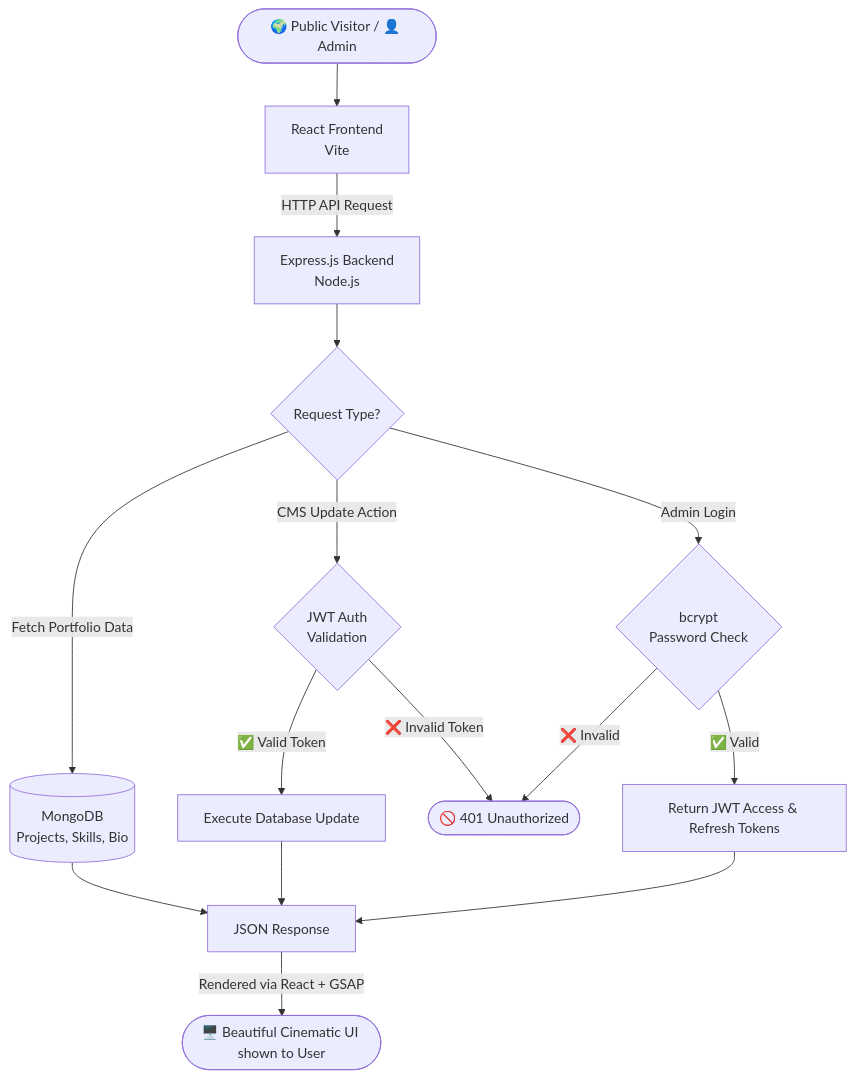
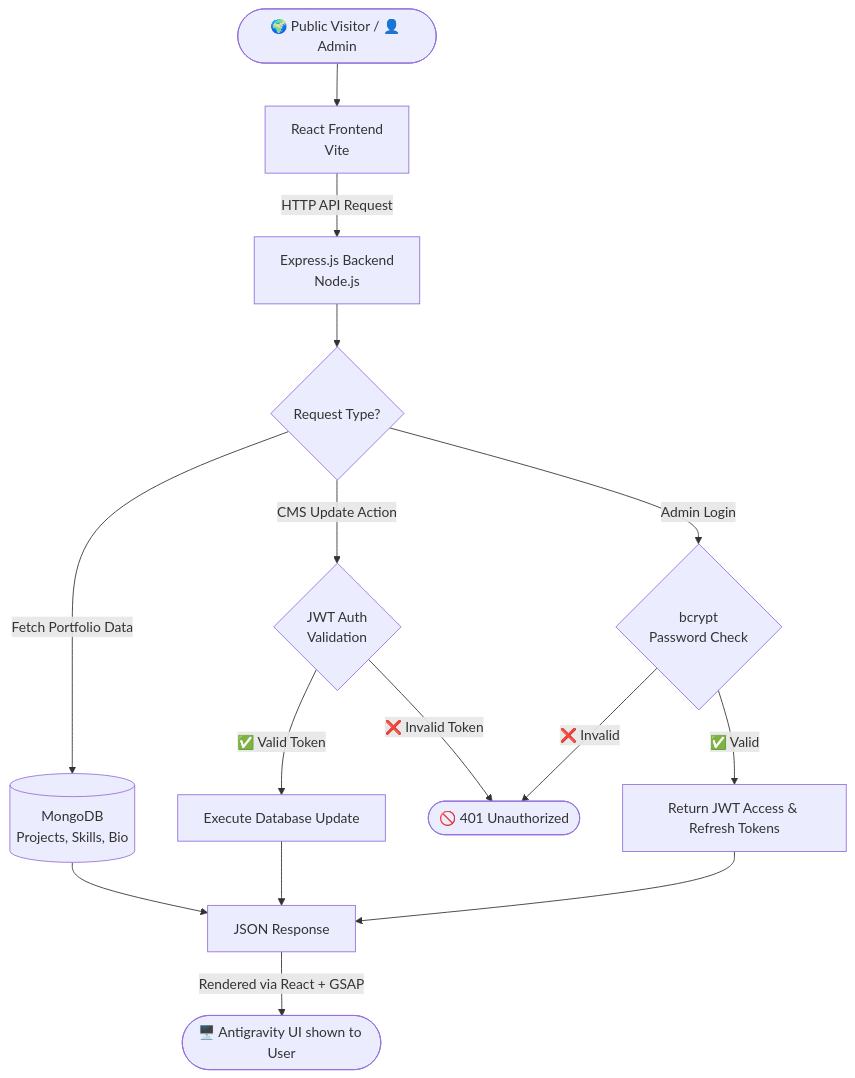
Before and after one commit to abdulsami-S/smart-folio: the diagram in README.md, drawn with Mermaid. The commit also changed other lines of this file, not shown here.

Commit message:
Updated the README to reflect changes in the portfolio theme and features, including antigravity effects and enhanced descriptions.

````diff
--- a/README.md
+++ b/README.md
@@ -106,24 +106,24 @@
 ```mermaid
 flowchart TD
     A([🌍 Public Visitor / 👤 Admin]) --> B[React Frontend\nVite]
 
     B -->|HTTP API Request| C[Express.js Backend\nNode.js]
 
     C --> D{Request Type?}
 
     D -->|Fetch Portfolio Data| E[(MongoDB\nProjects, Skills, Bio)]
     D -->|Admin Login| H{bcrypt\nPassword Check}
     D -->|CMS Update Action| JWT{JWT Auth\nValidation}
 
     JWT -->|✅ Valid Token| ADM[Execute Database Update]
     JWT -->|❌ Invalid Token| J([🚫 401 Unauthorized])
 
     H -->|✅ Valid| I[Return JWT Access & Refresh Tokens]
     H -->|❌ Invalid| J
 
     E --> M[JSON Response]
     ADM --> M
     I --> M
 
-    M -->|Rendered via React + GSAP| N([🖥️ Beautiful Cinematic UI shown to User])
+    M -->|Rendered via React + GSAP| N([🖥️ Antigravity UI shown to User])
 ```
````
